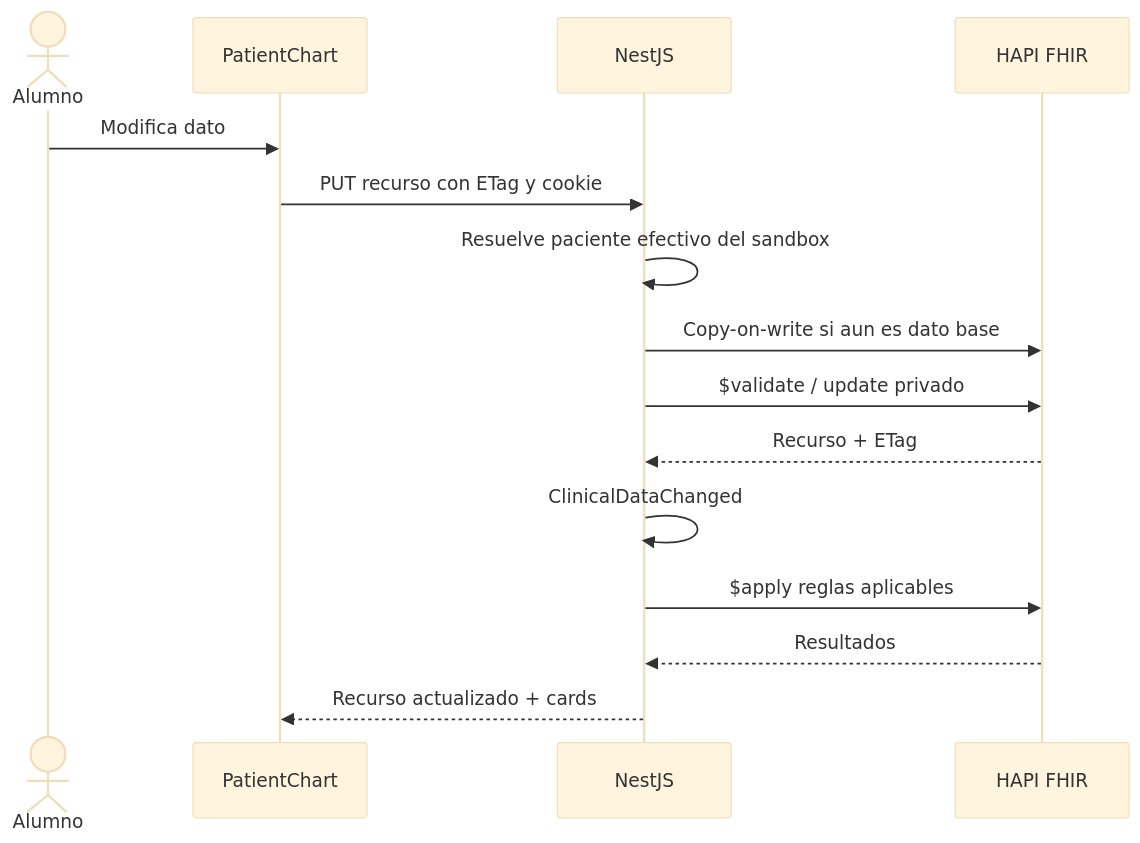
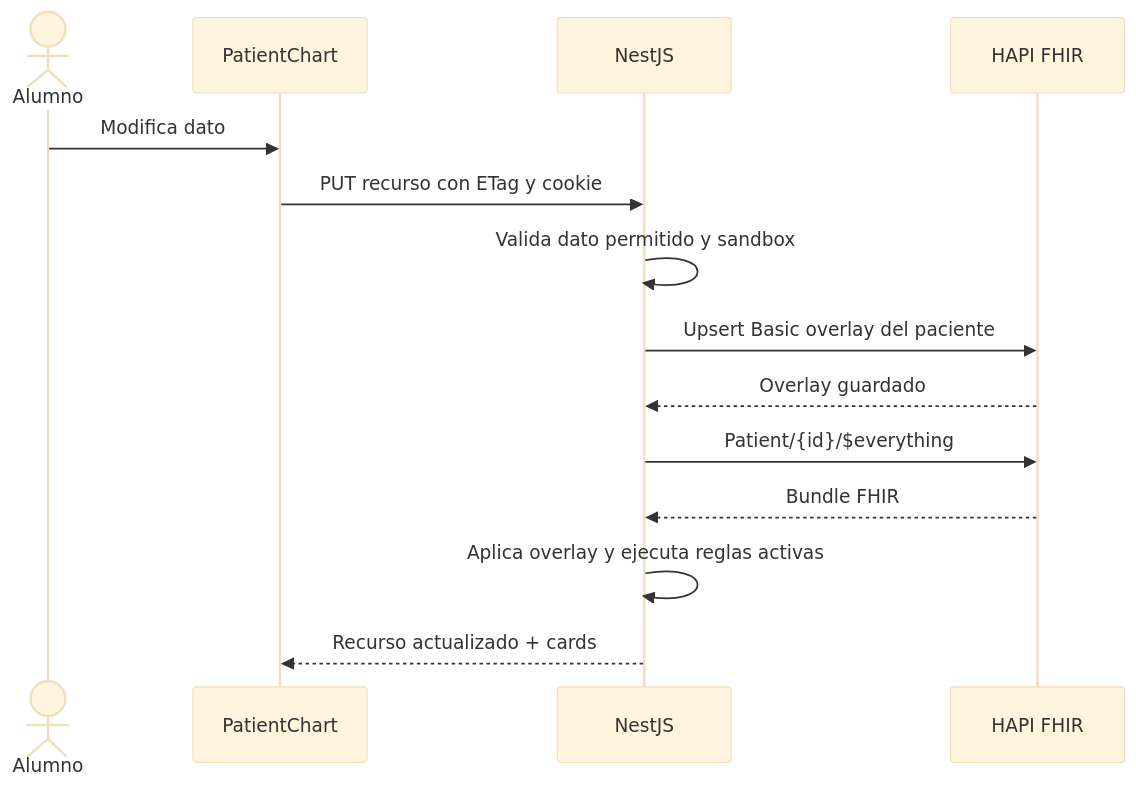
The eighth of 8 diagrams in docs/DESIGN.md (J0TTAA/RCE-CQL), drawn with Mermaid (base theme) before and after one commit. The commit also changed other lines of this file and 37 other files, not shown here.

Commit message:
Integrate RCE frontend with HAPI-backed API

````diff
--- a/docs/DESIGN.md
+++ b/docs/DESIGN.md
@@ -719,18 +720,17 @@
 ```mermaid
 sequenceDiagram
     actor User as Alumno
     participant UI as PatientChart
     participant API as NestJS
     participant HAPI as HAPI FHIR
 
     User->>UI: Modifica dato
     UI->>API: PUT recurso con ETag y cookie
-    API->>API: Resuelve paciente efectivo del sandbox
-    API->>HAPI: Copy-on-write si aun es dato base
-    API->>HAPI: $validate / update privado
-    HAPI-->>API: Recurso + ETag
-    API->>API: ClinicalDataChanged
-    API->>HAPI: $apply reglas aplicables
-    HAPI-->>API: Resultados
+    API->>API: Valida dato permitido y sandbox
+    API->>HAPI: Upsert Basic overlay del paciente
+    HAPI-->>API: Overlay guardado
+    API->>HAPI: Patient/{id}/$everything
+    HAPI-->>API: Bundle FHIR
+    API->>API: Aplica overlay y ejecuta reglas activas
     API-->>UI: Recurso actualizado + cards
 ```
````
